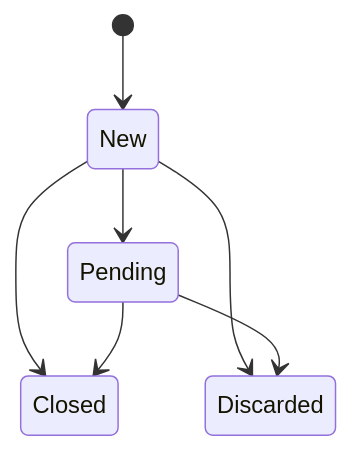
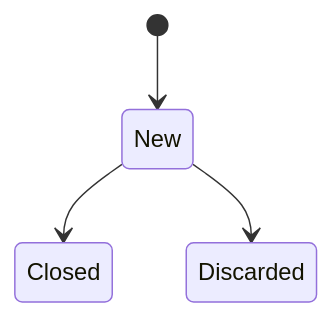
Before and after one commit to niikei/TermKeeper: the second of 2 diagrams in docs/003_domain_model.md, drawn with Mermaid. The commit also changed other lines of this file and 4 other files, not shown here.

````diff
--- a/docs/003_domain_model.md
+++ b/docs/003_domain_model.md
@@ -97,12 +101,8 @@
 ```mermaid
 stateDiagram-v2
 
     [*] --> New
 
-    New --> Pending
     New --> Closed
     New --> Discarded
-
-    Pending --> Closed
-    Pending --> Discarded
 ```
````
